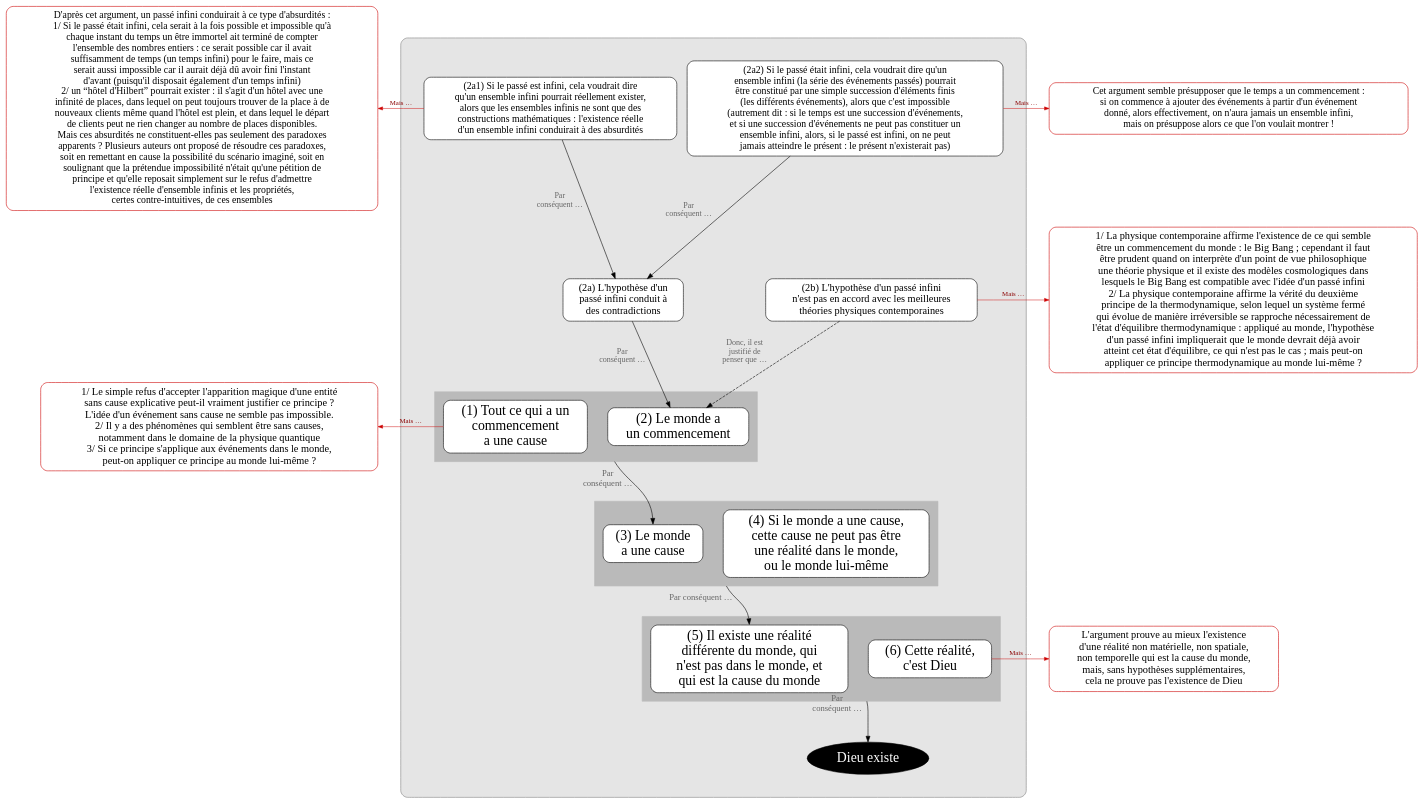
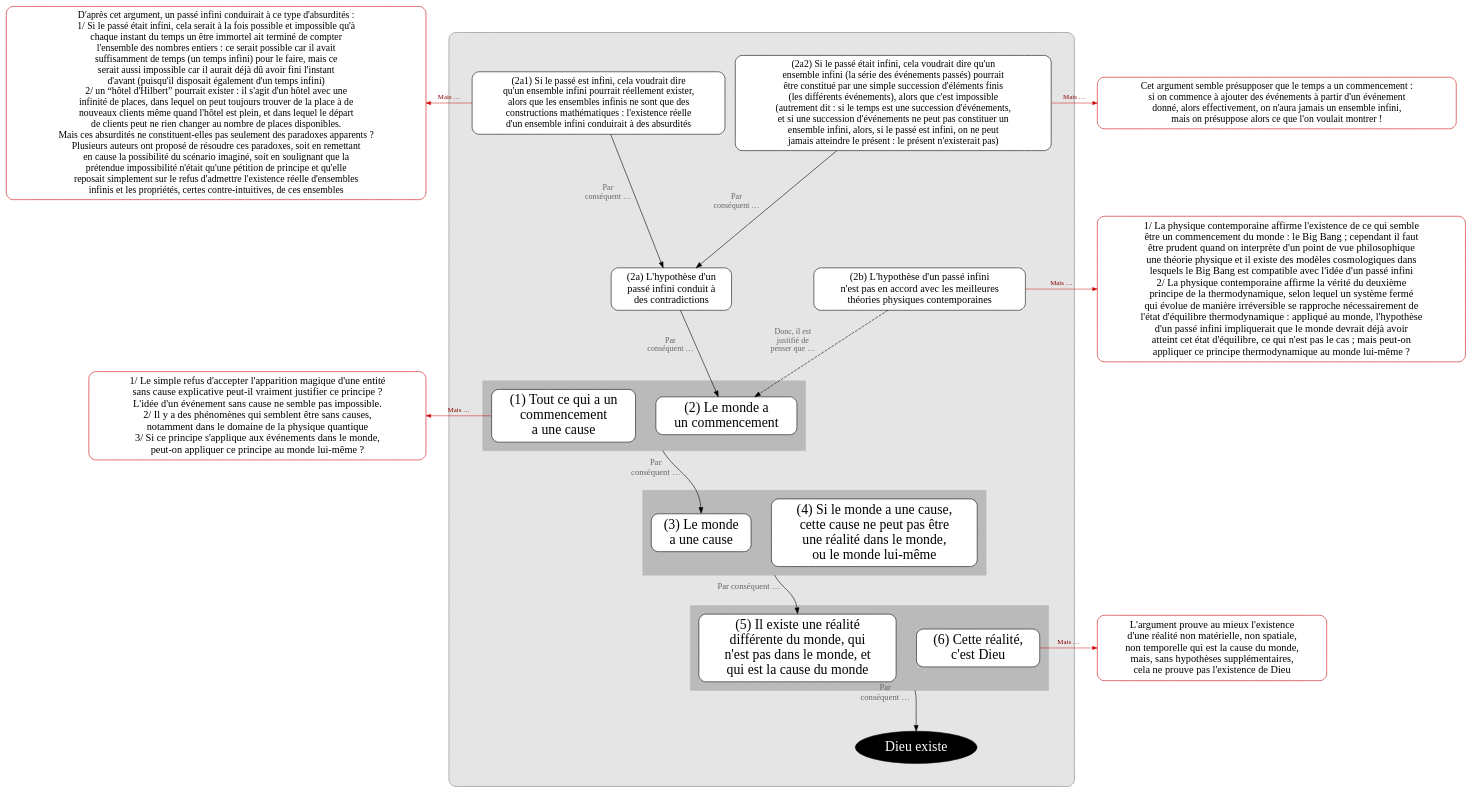
Before and after one commit to eyssette/graphviz-examples: the diagram in argument/argument-cosmologique2.dot, drawn with Graphviz.

```diff
--- a/argument/argument-cosmologique2.dot
+++ b/argument/argument-cosmologique2.dot
@@ -1,181 +1,180 @@
 digraph G {
 splines=true
 newrank=true
 compound=true
 ranksep=0.2
 
 node[color=red3, style="rounded, filled", shape="box", fillcolor=white, penwidth=1, fontcolor=black, fontsize=18, margin=0.1]
 
 o2a1[label="D'après cet argument, un passé infini conduirait à ce type d'absurdités : 
 1/ Si le passé était infini, cela serait à la fois possible et impossible qu'à
 chaque instant du temps un être immortel ait terminé de compter
 l'ensemble des nombres entiers : ce serait possible car il avait
 suffisamment de temps (un temps infini) pour le faire, mais ce
 serait aussi impossible car il aurait déjà dû avoir fini l'instant
 d'avant (puisqu'il disposait également d'un temps infini)
 2/ un “hôtel d'Hilbert” pourrait exister : il s'agit d'un hôtel avec une 
 infinité de places, dans lequel on peut toujours trouver de la place à de
 nouveaux clients même quand l'hôtel est plein, et dans lequel le départ
 de clients peut ne rien changer au nombre de places disponibles.
-Mais ces absurdités ne constituent-elles pas seulement des paradoxes
-apparents ? Plusieurs auteurs ont proposé de résoudre ces paradoxes,
-soit en remettant en cause la possibilité du scénario imaginé, soit en
-soulignant que la prétendue impossibilité n'était qu'une pétition de
-principe et qu'elle reposait simplement sur le refus d'admettre
-l'existence réelle d'ensemble infinis et les propriétés,
-certes contre-intuitives, de ces ensembles",fontsize=17]
+Mais ces absurdités ne constituent-elles pas seulement des paradoxes apparents ?
+Plusieurs auteurs ont proposé de résoudre ces paradoxes, soit en remettant
+en cause la possibilité du scénario imaginé, soit en soulignant que la
+prétendue impossibilité n'était qu'une pétition de principe et qu'elle
+reposait simplement sur le refus d'admettre l'existence réelle d'ensembles
+infinis et les propriétés, certes contre-intuitives, de ces ensembles",fontsize=17]
 
 o1[label="1/ Le simple refus d'accepter l'apparition magique d'une entité
 sans cause explicative peut-il vraiment justifier ce principe ?
 L'idée d'un événement sans cause ne semble pas impossible.
 2/ Il y a des phénomènes qui semblent être sans causes,
 notamment dans le domaine de la physique quantique
 3/ Si ce principe s'applique aux événements dans le monde,
 peut-on appliquer ce principe au monde lui-même ?"]
 
 node[shape=box, fillcolor=white, style="filled,rounded", color=black, fontsize=24, penwidth=1,fontcolor=black, margin=0.1]
 edge[minlen=2,color=red3, penwidth=0.8, arrowsize=0.8, label=" Mais …", fontcolor=red4,fontsize=12]
 {rank=same;o1->p1[dir=back]}
 
 
 
 
 subgraph cluster_0 {
 bgcolor=grey90
 style=rounded
 color=grey50
 margin=40
 
 
 
 node[shape=box, fillcolor=white, style="filled,rounded", color=black]
 edge[label="",xlabel="Par
 conséquent …",fontcolor=grey40;fontsize=15,minlen=3,color=black,penwidth=1, arrowsize=1]
 
 
 {
 node[fontsize=17]
 p2a2[label="(2a2) Si le passé était infini, cela voudrait dire qu'un
 ensemble infini (la série des événements passés) pourrait
 être constitué par une simple succession d'éléments finis
 (les différents événements), alors que c'est impossible
 (autrement dit : si le temps est une succession d'événements, 
 et si une succession d'événements ne peut pas constituer un
 ensemble infini, alors, si le passé est infini, on ne peut
 jamais atteindre le présent : le présent n'existerait pas)"]
 p2a1[label="(2a1) Si le passé est infini, cela voudrait dire
 qu'un ensemble infini pourrait réellement exister,
 alors que les ensembles infinis ne sont que des
 constructions mathématiques : l'existence réelle
 d'un ensemble infini conduirait à des absurdités"]
 node[fontsize=18]
 p2b[label="(2b) L'hypothèse d'un passé infini
 n'est pas en accord avec les meilleures
 théories physiques contemporaines"]
 p2a[label="(2a) L'hypothèse d'un
 passé infini conduit à
 des contradictions"]
 }
 
 p2a2->p2a[minlen=1, fontsize=14]
 p2a1->p2a[minlen=1, fontsize=14]
 p2a->p2[minlen=1, fontsize=14]
 p2b->p2[style="dashed", xlabel="Donc, il est
 justifié de
 penser que …",minlen=1, fontsize=14]
 {rank=same;p2a->p2b[style=invis,minlen=4]}
 
 subgraph cluster_1 {
 style="box"
 margin=15
 bgcolor=grey73
 color=grey73
 p1[label="(1) Tout ce qui a un
 commencement
 a une cause"]
 
 p2[label="(2) Le monde a
 un commencement"]
 }
 
 //p1->p2[style=invis,xlabel="",minlen=1]
 {rank=same;p1->p2[style=invis,xlabel="",minlen=1]}
 
 p2:w->p3:n[ltail=cluster_1]
 //p2:w->p3:n[ltail=cluster_1]
 
 
 subgraph cluster_2 {
 style="box"
 margin=15
 bgcolor=grey73
 color=grey73
 p3[label="(3) Le monde
 a une cause"]
 p4[label="(4) Si le monde a une cause,
 cette cause ne peut pas être
 une réalité dans le monde,
 ou le monde lui-même"]
 }
 {rank=same;p3->p4[style=invis,xlabel="",minlen=1]}
 
 p4:w->p5:n[ltail=cluster_2,xlabel="Par conséquent …"]
 
 
 subgraph cluster_3 {
 style="box"
 margin=15
 bgcolor=grey73
 color=grey73
 p5[label="(5) Il existe une réalité
 différente du monde, qui
 n'est pas dans le monde, et
 qui est la cause du monde"]
 p6[label="(6) Cette réalité,
 c'est Dieu"]
 }
 
 {rank=same;p5->p6[style=invis,xlabel="",minlen=1]}
 
 p6:w->C:n[ltail=cluster_3,minlen=4]
 
 C[label="Dieu existe",fillcolor=black, fontcolor=white, color=black, shape=ellipse]
 
 
 }
 
 node[color=red3, style="rounded, filled", shape="box", fillcolor=white, penwidth=1, fontcolor=black, fontsize=18, margin=0.1]
 
 o2b[label="1/ La physique contemporaine affirme l'existence de ce qui semble
 être un commencement du monde : le Big Bang ; cependant il faut
 être prudent quand on interprète d'un point de vue philosophique
 une théorie physique et il existe des modèles cosmologiques dans
 lesquels le Big Bang est compatible avec l'idée d'un passé infini
 2/ La physique contemporaine affirme la vérité du deuxième
 principe de la thermodynamique, selon lequel un système fermé
 qui évolue de manière irréversible se rapproche nécessairement de
 l'état d'équilibre thermodynamique : appliqué au monde, l'hypothèse
 d'un passé infini impliquerait que le monde devrait déjà avoir
 atteint cet état d'équilibre, ce qui n'est pas le cas ; mais peut-on
 appliquer ce principe thermodynamique au monde lui-même ?"]
 {rank=same;p2b->o2b}
 
 o6[label="L'argument prouve au mieux l'existence
 d'une réalité non matérielle, non spatiale,
 non temporelle qui est la cause du monde,
 mais, sans hypothèses supplémentaires,
 cela ne prouve pas l'existence de Dieu"]
 {rank=same;p6->o6}
 
 o2a2[label="Cet argument semble présupposer que le temps a un commencement :
 si on commence à ajouter des événements à partir d'un événement
 donné, alors effectivement, on n'aura jamais un ensemble infini,
 mais on présuppose alors ce que l'on voulait montrer !",fontsize=17]
 
 {rank=same;p2a2->o2a2}
 
 {rank=same;o2a1->p2a1[dir=back]}
 
 p2a2->p2b[minlen=1,style=invis]
 
 }
```
